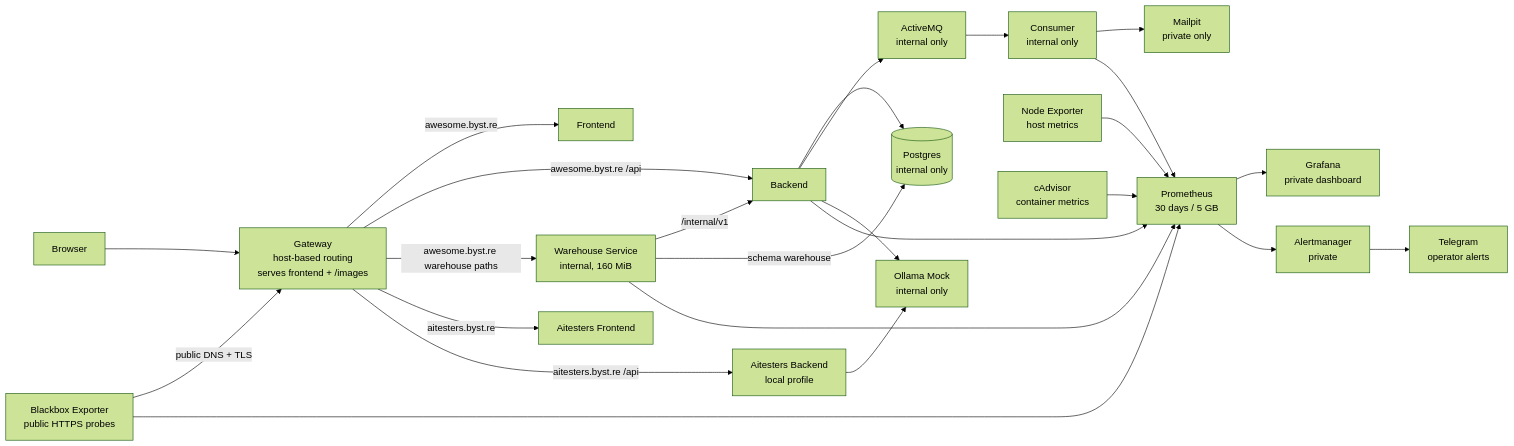
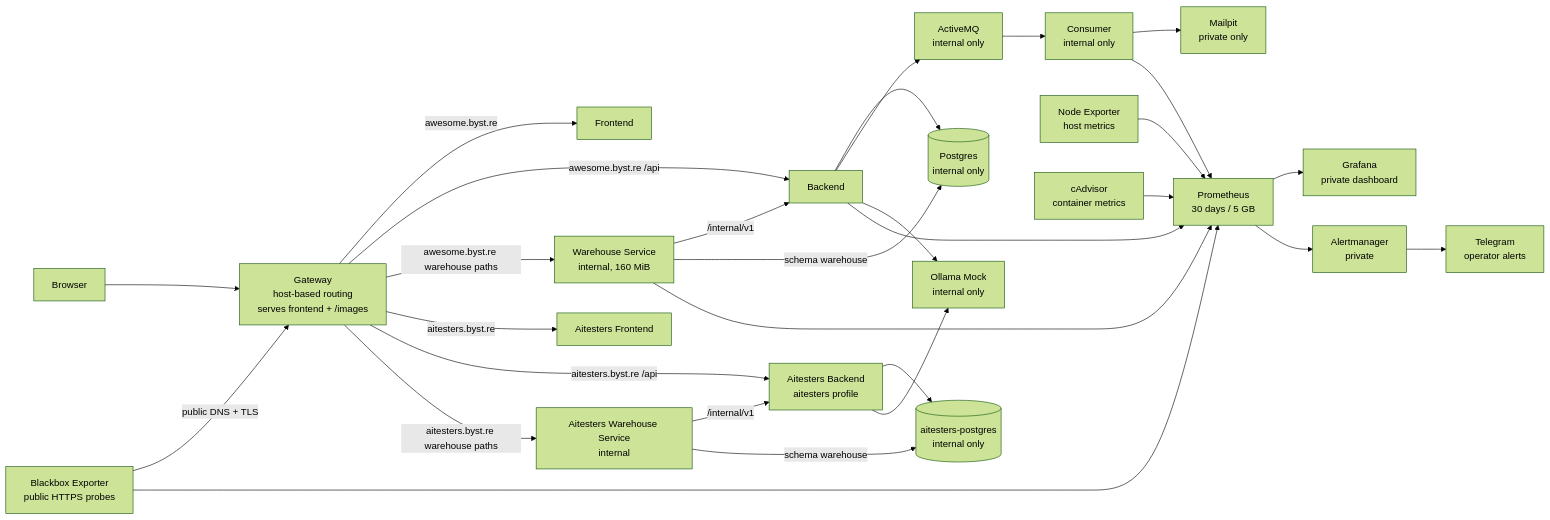
Before and after one commit to slawekradzyminski/awesome-localstack: the third of 3 diagrams in README.md, drawn with Mermaid (forest theme). The commit also changed other lines of this file and 93 other files, not shown here.

````diff
--- a/README.md
+++ b/README.md
@@ -402,47 +399,53 @@
 ```mermaid
 flowchart LR
     U[Browser]
     G[Gateway<br/>host-based routing<br/>serves frontend + /images]
     F[Frontend]
     B[Backend]
     W[Warehouse Service<br/>internal, 160 MiB]
     AF[Aitesters Frontend]
-    AB[Aitesters Backend<br/>local profile]
+    AB[Aitesters Backend<br/>aitesters profile]
+    AW[Aitesters Warehouse Service<br/>internal]
+    ADB[(aitesters-postgres<br/>internal only)]
     DB[(Postgres<br/>internal only)]
     MQ[ActiveMQ<br/>internal only]
     C[Consumer<br/>internal only]
     M[Mailpit<br/>private only]
     O[Ollama Mock<br/>internal only]
     N[Node Exporter<br/>host metrics]
     CA[cAdvisor<br/>container metrics]
     BB[Blackbox Exporter<br/>public HTTPS probes]
     P[Prometheus<br/>30 days / 5 GB]
     AM[Alertmanager<br/>private]
     T[Telegram<br/>operator alerts]
     GR[Grafana<br/>private dashboard]
 
     U --> G
     G -->|awesome.byst.re| F
     G -->|awesome.byst.re /api| B
     G -->|awesome.byst.re warehouse paths| W
     W -->|/internal/v1| B
     W -->|schema warehouse| DB
     G -->|aitesters.byst.re| AF
     G -->|aitesters.byst.re /api| AB
+    G -->|aitesters.byst.re warehouse paths| AW
+    AW -->|/internal/v1| AB
+    AB --> ADB
+    AW -->|schema warehouse| ADB
     B --> DB
     B --> MQ
     MQ --> C
     C --> M
     B --> O
     AB --> O
     N --> P
     CA --> P
     BB -->|public DNS + TLS| G
     BB --> P
     B --> P
     C --> P
     W --> P
     P --> GR
     P --> AM
     AM --> T
 ```
````
